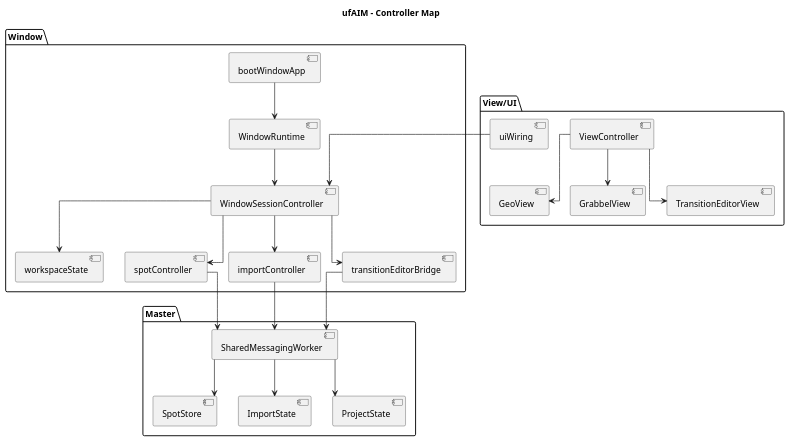
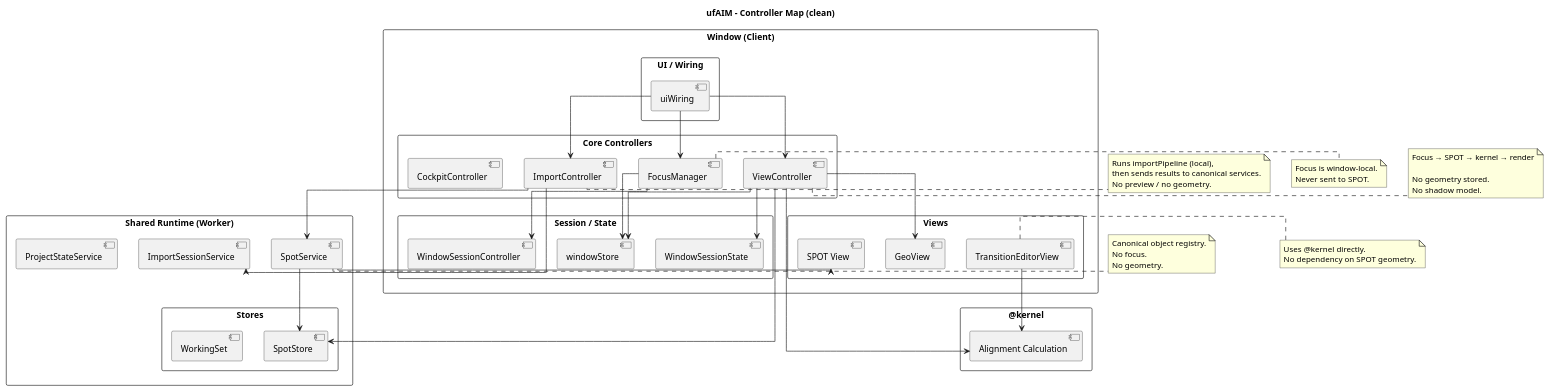
One commit to uweFalz/ufAIM changed the diagram in docs/diagrams/Controller-Map.puml. Above: the diagram before and after it, drawn with PlantUML. The commit also changed 40 other files, not shown here.

```diff
--- a/docs/diagrams/Controller-Map.puml
+++ b/docs/diagrams/Controller-Map.puml
@@ -1,50 +1,130 @@
 @startuml
 
-title ufAIM – Controller Map
+title ufAIM – Controller Map (clean)
 
 skinparam linetype ortho
+skinparam packageStyle rectangle
+skinparam shadowing false
+skinparam classAttributeIconSize 0
+hide empty members
 
-package "Master" {
-  [SharedMessagingWorker]
-  [SpotStore]
-  [ImportState]
-  [ProjectState]
+' ------------------------------------------------------------
+' WINDOW LAYER
+' ------------------------------------------------------------
+package "Window (Client)" {
+
+  package "Core Controllers" {
+    [ImportController]
+    [ViewController]
+    [FocusManager]
+    [CockpitController]
+  }
+
+  package "Session / State" {
+    [WindowSessionController]
+    [WindowSessionState]
+    [windowStore]
+  }
+
+  package "UI / Wiring" {
+    [uiWiring]
+  }
+
+  package "Views" {
+    [SPOT View]
+    [GeoView]
+    [TransitionEditorView]
+  }
 }
 
-package "Window" {
-  [WindowRuntime]
-  [bootWindowApp]
-  [WindowSessionController]
-  [workspaceState]
-  [spotController]
-  [importController]
-  [transitionEditorBridge]
+' ------------------------------------------------------------
+' SHARED / MASTER (via messaging)
+' ------------------------------------------------------------
+package "Shared Runtime (Worker)" {
+
+  [SpotService]
+  [ImportSessionService]
+  [ProjectStateService]
+
+  package "Stores" {
+    [SpotStore]
+    [WorkingSet]
+  }
 }
 
-package "View/UI" {
-  [uiWiring]
-  [ViewController]
-  [GeoView]
-  [GrabbelView]
-  [TransitionEditorView]
+' ------------------------------------------------------------
+' KERNEL
+' ------------------------------------------------------------
+package "@kernel" {
+  [Alignment Calculation]
 }
 
-WindowRuntime --> WindowSessionController
-bootWindowApp --> WindowRuntime
-WindowSessionController --> workspaceState
-WindowSessionController --> spotController
-WindowSessionController --> importController
-WindowSessionController --> transitionEditorBridge
-uiWiring --> WindowSessionController
-ViewController --> GeoView
-ViewController --> GrabbelView
-ViewController --> TransitionEditorView
+' ------------------------------------------------------------
+' FLOW: IMPORT
+' ------------------------------------------------------------
+[ImportController] --> [ImportSessionService]
+[ImportController] --> [SpotService]
 
-spotController --> SharedMessagingWorker
-importController --> SharedMessagingWorker
-transitionEditorBridge --> SharedMessagingWorker
+note right of [ImportController]
+Runs importPipeline (local),
+then sends results to canonical services.
+No preview / no geometry.
+end note
 
-SharedMessagingWorker --> SpotStore
-SharedMessagingWorker --> ImportState
-SharedMessagingWorker --> ProjectState
+' ------------------------------------------------------------
+' FLOW: SPOT
+' ------------------------------------------------------------
+[SpotService] --> [SpotStore]
+[SpotService] --> [SPOT View]
+
+note right of [SpotService]
+Canonical object registry.
+No focus.
+No geometry.
+end note
+
+' ------------------------------------------------------------
+' FLOW: VIEW
+' ------------------------------------------------------------
+[ViewController] --> [windowStore]
+[ViewController] --> [WindowSessionState]
+[ViewController] --> [SpotStore]
+[ViewController] --> [Alignment Calculation]
+[ViewController] --> [GeoView]
+
+note right of [ViewController]
+Focus → SPOT → kernel → render
+
+No geometry stored.
+No shadow model.
+end note
+
+' ------------------------------------------------------------
+' FLOW: FOCUS
+' ------------------------------------------------------------
+[FocusManager] --> [WindowSessionController]
+[FocusManager] --> [windowStore]
+
+note right of [FocusManager]
+Focus is window-local.
+Never sent to SPOT.
+end note
+
+' ------------------------------------------------------------
+' UI
+' ------------------------------------------------------------
+[uiWiring] --> [ImportController]
+[uiWiring] --> [FocusManager]
+[uiWiring] --> [ViewController]
+
+' ------------------------------------------------------------
+' TRANSITION EDITOR
+' ------------------------------------------------------------
+[TransitionEditorView] --> [Alignment Calculation]
+
+note right of [TransitionEditorView]
+Uses @kernel directly.
+No dependency on SPOT geometry.
+end note
+
 @enduml
```
